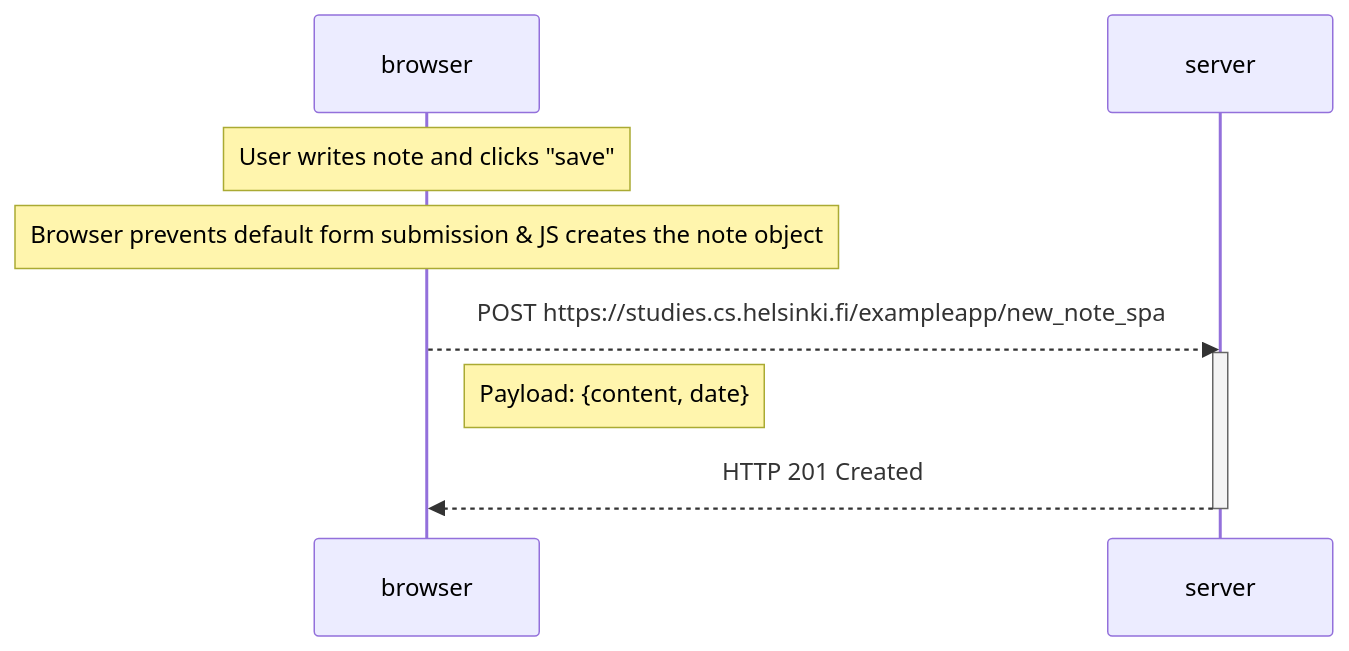
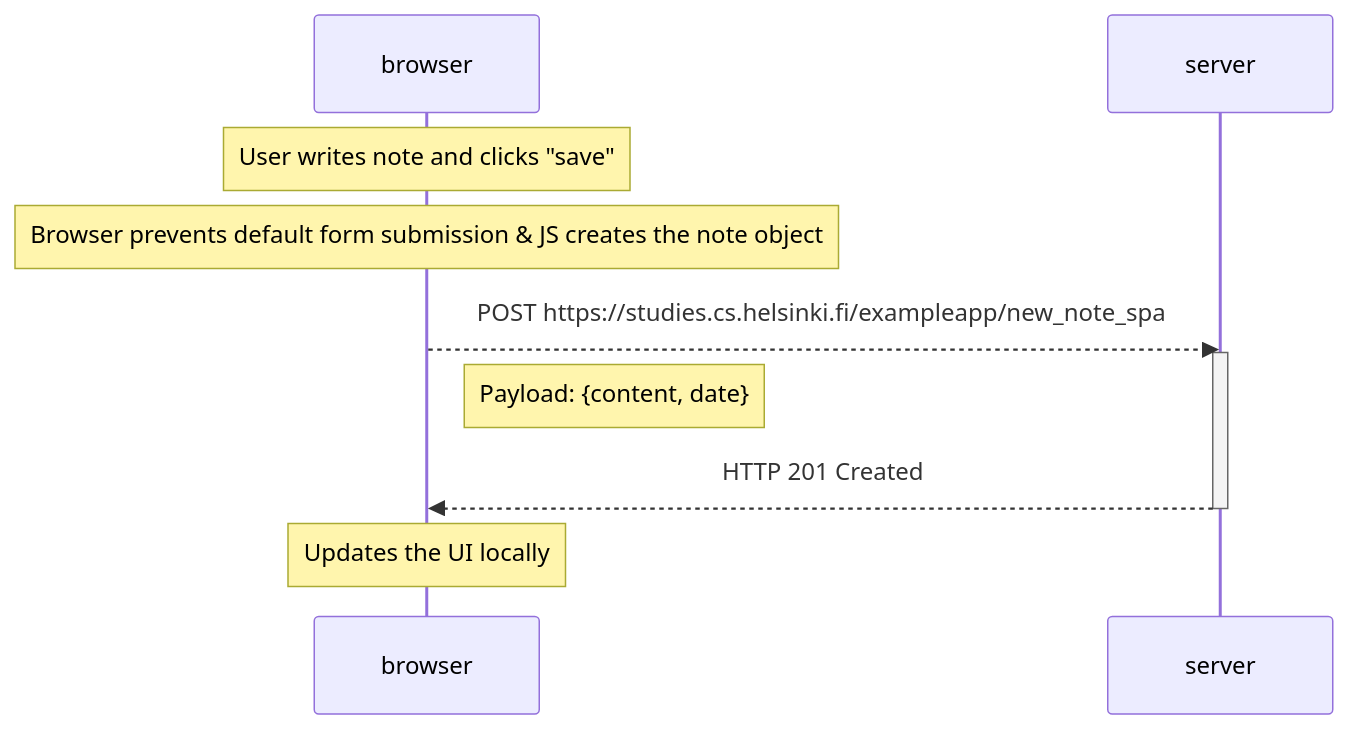
The diagram in Part 0/exercise_0_6.md (Sanjay-jayesh/Full-Stack-Open-), drawn with Mermaid before and after one commit.

Commit message:
Reivsed changes for exercise 0.6

````diff
--- a/Part 0/exercise_0_6.md
+++ b/Part 0/exercise_0_6.md
@@ -1,14 +1,16 @@
 ```mermaid
 sequenceDiagram
   participant browser
   participant server
 
   Note over browser: User writes note and clicks "save"
   Note over browser: Browser prevents default form submission & JS creates the note object
 
   browser-->>server: POST https://studies.cs.helsinki.fi/exampleapp/new_note_spa
   activate server
   Note right of browser: Payload: {content, date}
   server-->>browser: HTTP 201 Created
   deactivate server
+
+  Note over browser: Updates the UI locally
 ```
````
